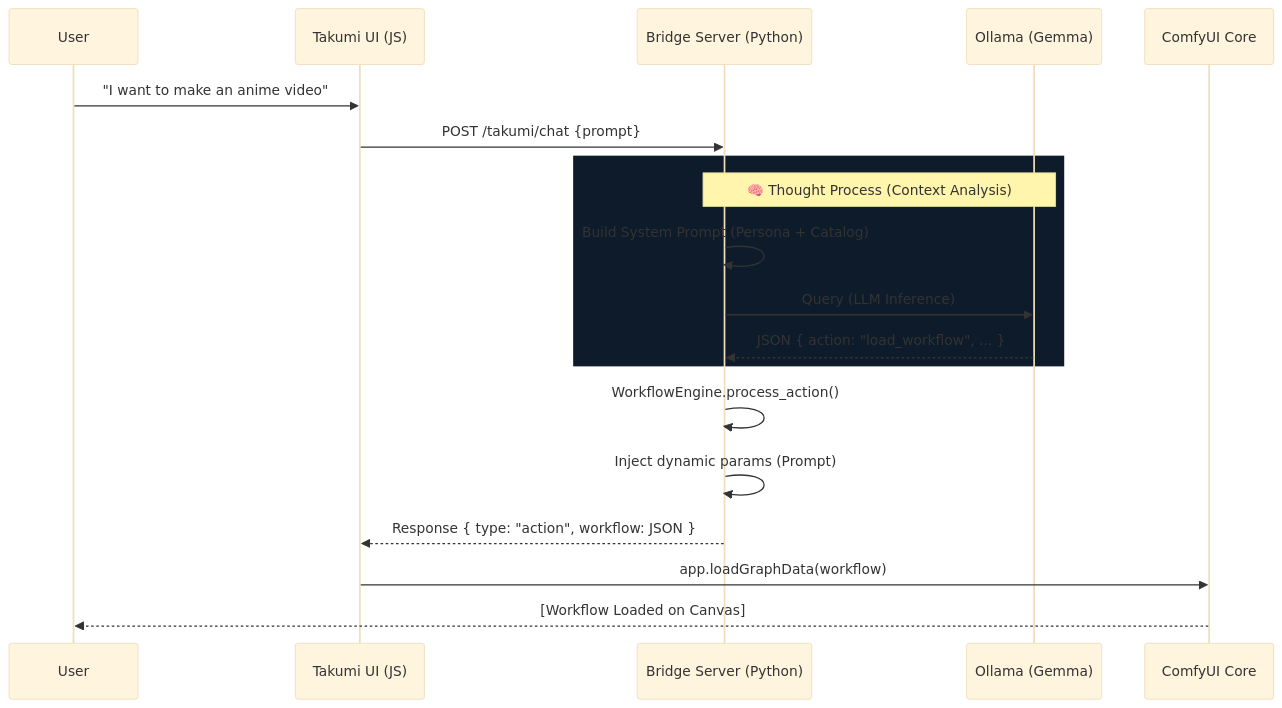
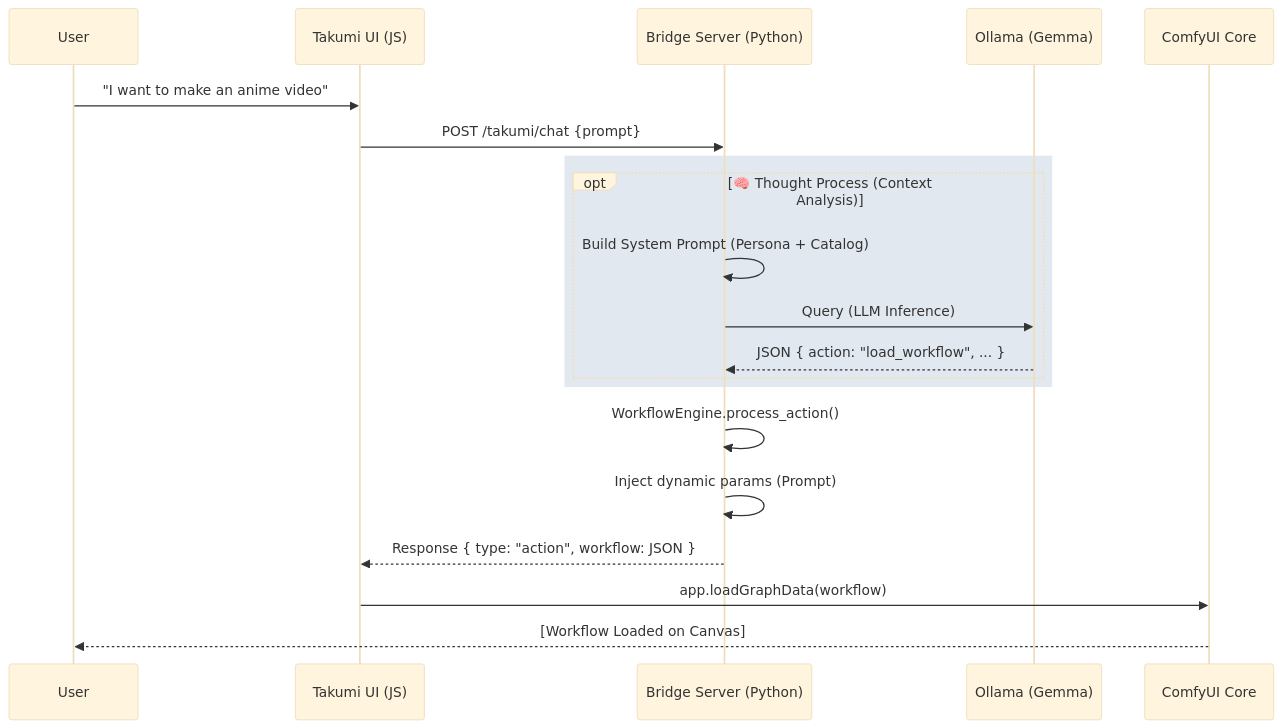
Before and after one commit to roguelikeCode/takumi-comfyui-advisor: the third of 4 diagrams in architecture.md, drawn with Mermaid (base theme). The commit also changed other lines of this file, not shown here.

Commit message:
chore(architecture.md): fix mermaid colors for github visibility

````diff
--- a/architecture.md
+++ b/architecture.md
@@ -128,29 +128,30 @@
 ```mermaid
 sequenceDiagram
     %% --- Configuration ---
     participant User
     participant UI as Takumi UI (JS)
     participant Server as Bridge Server (Python)
     participant AI as Ollama (Gemma)
     participant Comfy as ComfyUI Core
 
     User->>UI: "I want to make an anime video"
     UI->>Server: POST /takumi/chat {prompt}
     
     %% Takumi's Brain Process
-    %% Fixed: Combine Dark Rect (Scope) with Note (Readability)
-    rect rgb(13, 27, 42)
-        Note over Server, AI: 🧠 Thought Process (Context Analysis)
-        
-        Server->>Server: Build System Prompt (Persona + Catalog)
-        Server->>AI: Query (LLM Inference)
-        AI-->>Server: JSON { action: "load_workflow", ... }
+    %% Fixed: Use "opt" for labeling without yellow Note
+    %% Color: Matches "External World" (#e2e8f0 -> rgb(226, 232, 240))
+    rect rgb(226, 232, 240)
+        opt 🧠 Thought Process (Context Analysis)
+            Server->>Server: Build System Prompt (Persona + Catalog)
+            Server->>AI: Query (LLM Inference)
+            AI-->>Server: JSON { action: "load_workflow", ... }
+        end
     end
     
     Server->>Server: WorkflowEngine.process_action()
     Server->>Server: Inject dynamic params (Prompt)
     
     Server-->>UI: Response { type: "action", workflow: JSON }
     UI->>Comfy: app.loadGraphData(workflow)
     Comfy-->>User: [Workflow Loaded on Canvas]
 ```
````
